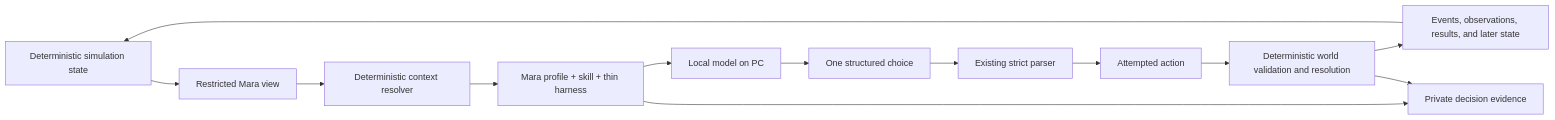
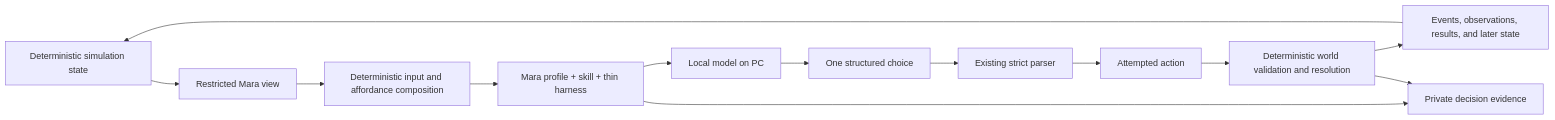
The diagram in docs/plans/MARA_HARNESS_PLAN.md (anuda-d/2084), drawn with Mermaid before and after one commit. The commit also changed other lines of this file and 7 other files, not shown here.

````diff
--- a/docs/plans/MARA_HARNESS_PLAN.md
+++ b/docs/plans/MARA_HARNESS_PLAN.md
@@ -46,15 +52,15 @@
 ```mermaid
 flowchart LR
     S["Deterministic simulation state"] --> V["Restricted Mara view"]
-    V --> R["Deterministic context resolver"]
+    V --> R["Deterministic input and affordance composition"]
     R --> H["Mara profile + skill + thin harness"]
     H --> M["Local model on PC"]
     M --> C["One structured choice"]
     C --> P["Existing strict parser"]
     P --> A["Attempted action"]
     A --> W["Deterministic world validation and resolution"]
     W --> E["Events, observations, results, and later state"]
     E --> S
     H --> D["Private decision evidence"]
     W --> D
 ```
````
